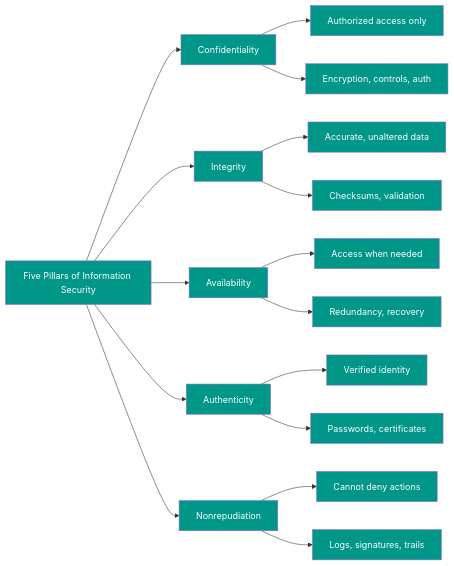
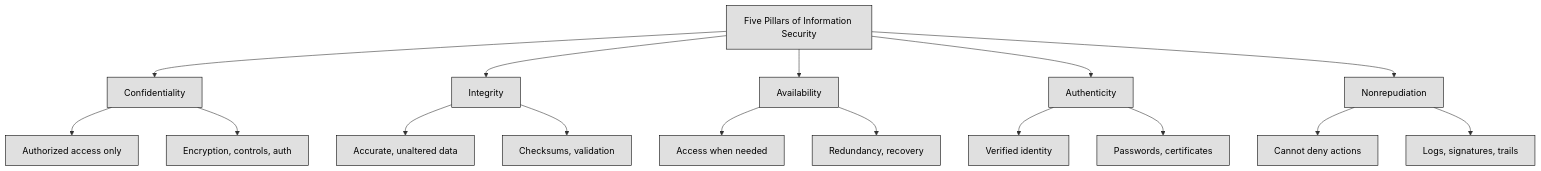
Before and after one commit to lorenzoleonelli/CISSP-Zero-to-Hero: the diagram in DOMAIN1: The Cybersecurity Manager/1.2 Understand and apply security concepts.md, drawn with Mermaid.

Commit message:
Update 1.2 Understand and apply security concepts.md

````diff
--- a/DOMAIN1: The Cybersecurity Manager/1.2 Understand and apply security concepts.md
+++ b/DOMAIN1: The Cybersecurity Manager/1.2 Understand and apply security concepts.md
@@ -10,41 +10,27 @@
 ```mermaid
-graph LR
+graph TD
     A[Five Pillars of Information Security]
 
     A --> C[Confidentiality]
     C --> C1[Authorized access only]
     C --> C2[Encryption, controls, auth]
 
     A --> I[Integrity]
     I --> I1[Accurate, unaltered data]
     I --> I2[Checksums, validation]
 
     A --> AV[Availability]
     AV --> AV1[Access when needed]
     AV --> AV2[Redundancy, recovery]
 
     A --> AU[Authenticity]
     AU --> AU1[Verified identity]
     AU --> AU2[Passwords, certificates]
 
     A --> N[Nonrepudiation]
     N --> N1[Cannot deny actions]
     N --> N2[Logs, signatures, trails]
 
-    style A fill:#009688,color:#fff
-    style C fill:#009688,color:#fff
-    style C1 fill:#009688,color:#fff
-    style C2 fill:#009688,color:#fff
-    style I fill:#009688,color:#fff
-    style I1 fill:#009688,color:#fff
-    style I2 fill:#009688,color:#fff
-    style AV fill:#009688,color:#fff
-    style AV1 fill:#009688,color:#fff
-    style AV2 fill:#009688,color:#fff
-    style AU fill:#009688,color:#fff
-    style AU1 fill:#009688,color:#fff
-    style AU2 fill:#009688,color:#fff
-    style N fill:#009688,color:#fff
-    style N1 fill:#009688,color:#fff
-    style N2 fill:#009688,color:#fff
+    classDef center fill:#ffffff,color:#000000,stroke:#000000,stroke-width:1px,font-weight:bold
+    classDef node fill:#e0e0e0,color:#000000,stroke:#000000,stroke-width:1px
 ```
````
